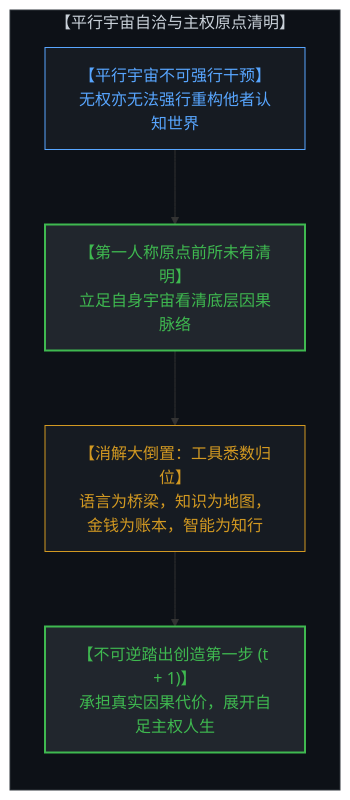
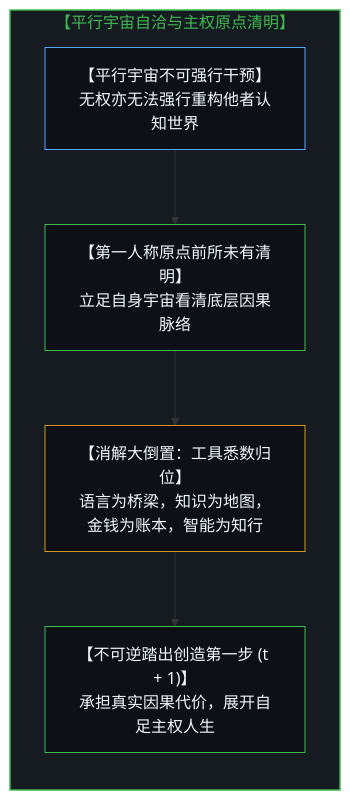
Diagram 15 of 16 in content/posts/the-dissolution-of-the-great-reversal.md (powerpig99/not-a-toe), drawn with Mermaid before and after one commit. The commit also changed other lines of this file and 11 other files, not shown here.

````diff
--- a/content/posts/the-dissolution-of-the-great-reversal.md
+++ b/content/posts/the-dissolution-of-the-great-reversal.md
@@ -697,18 +609,18 @@
 ```mermaid
-graph TD
-    subgraph MultiverseClarity["【平行宇宙自洽与主权原点清明】"]
+flowchart TD
+    subgraph S_Multiverse["【平行宇宙自洽与主权原点清明】"]
         direction TB
-        ParallelUniverses["【平行宇宙不可强行干预】<br>无权亦无法强行重构他者认知世界"]
-        FirstPersonClarity["【第一人称原点前所未有清明】<br>立足自身宇宙看清底层因果脉络"]
-        ToolsRestored["【消解大倒置：工具悉数归位】<br>语言为桥梁，知识为地图，金钱为账本，智能为知行"]
-        SovereignStep["【不可逆踏出创造第一步 (t + 1)】<br>承担真实因果代价，展开自足主权人生"]
+        ParallelUniverses["【平行宇宙不可强行干预】<br/>无权亦无法强行重构他者认知世界"]
+        FirstPersonClarity["【第一人称原点前所未有清明】<br/>立足自身宇宙看清底层因果脉络"]
+        ToolsRestored["【消解大倒置：工具悉数归位】<br/>语言为桥梁，知识为地图，金钱为账本，智能为知行"]
+        SovereignStep["【不可逆踏出创造第一步 (t + 1)】<br/>承担真实因果代价，展开自足主权人生"]
         ParallelUniverses --> FirstPersonClarity
         FirstPersonClarity --> ToolsRestored
         ToolsRestored --> SovereignStep
     end
-    style MultiverseClarity fill:#0d1117,stroke:#30363d,stroke-width:1px,color:#c9d1d9
-    style ParallelUniverses fill:#161b22,stroke:#58a6ff,stroke-width:1px,color:#58a6ff
-    style FirstPersonClarity fill:#21262d,stroke:#3fb950,stroke-width:2px,color:#3fb950
-    style ToolsRestored fill:#161b22,stroke:#d29922,stroke-width:1px,color:#d29922
-    style SovereignStep fill:#21262d,stroke:#3fb950,stroke-width:2px,color:#3fb950
+    style S_Multiverse fill:#161b22,stroke:#3fb950,stroke-width:1.5px,color:#3fb950
+    style ParallelUniverses fill:#0d1117,stroke:#58a6ff,stroke-width:1px,color:#f0f6fc
+    style FirstPersonClarity fill:#0d1117,stroke:#3fb950,stroke-width:1px,color:#f0f6fc
+    style ToolsRestored fill:#0d1117,stroke:#d29922,stroke-width:1px,color:#f0f6fc
+    style SovereignStep fill:#0d1117,stroke:#3fb950,stroke-width:1px,color:#f0f6fc
 ```
````
